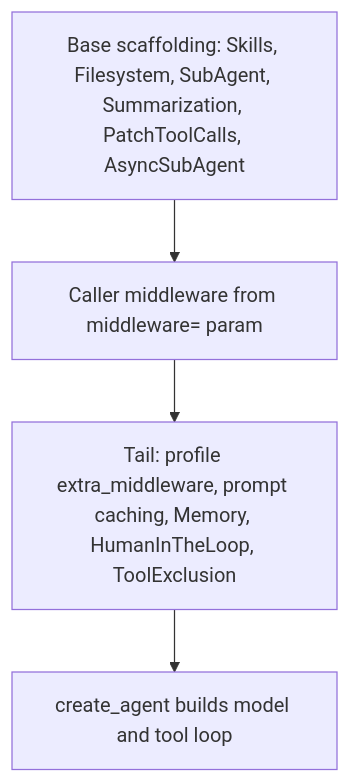
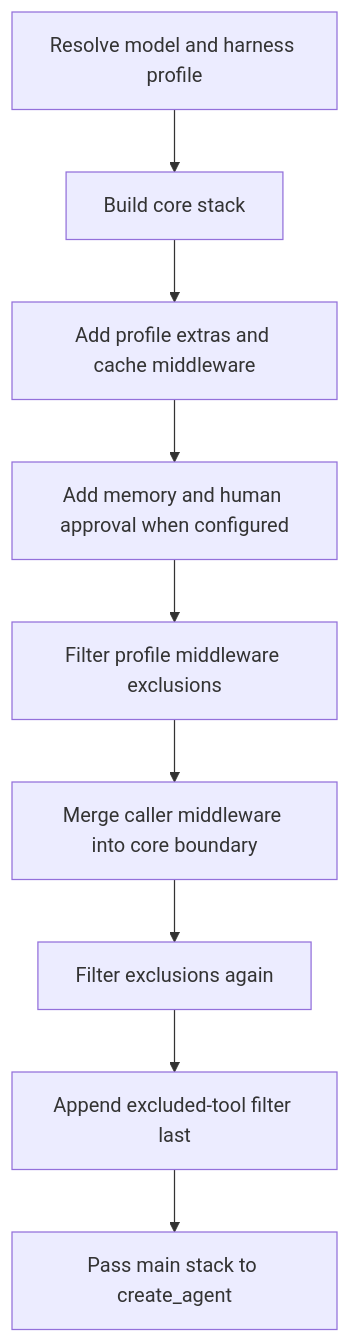
The diagram in openwiki/architecture/middleware-stack.md (langchain-ai/deepagents), drawn with Mermaid before and after one commit. The commit also changed other lines of this file and 39 other files, not shown here.

````diff
--- a/openwiki/architecture/middleware-stack.md
+++ b/openwiki/architecture/middleware-stack.md
@@ -65,6 +37,11 @@
 ```mermaid
 flowchart TD
-    A["Base scaffolding: Skills, Filesystem, SubAgent, Summarization, PatchToolCalls, AsyncSubAgent"] --> B["Caller middleware from middleware= param"]
-    B --> C["Tail: profile extra_middleware, prompt caching, Memory, HumanInTheLoop, ToolExclusion"]
-    C --> D["create_agent builds model and tool loop"]
+    A["Resolve model and harness profile"] --> B["Build core stack"]
+    B --> C["Add profile extras and cache middleware"]
+    C --> D["Add memory and human approval when configured"]
+    D --> E["Filter profile middleware exclusions"]
+    E --> F["Merge caller middleware into core boundary"]
+    F --> G["Filter exclusions again"]
+    G --> H["Append excluded-tool filter last"]
+    H --> I["Pass main stack to create_agent"]
 ```
````
